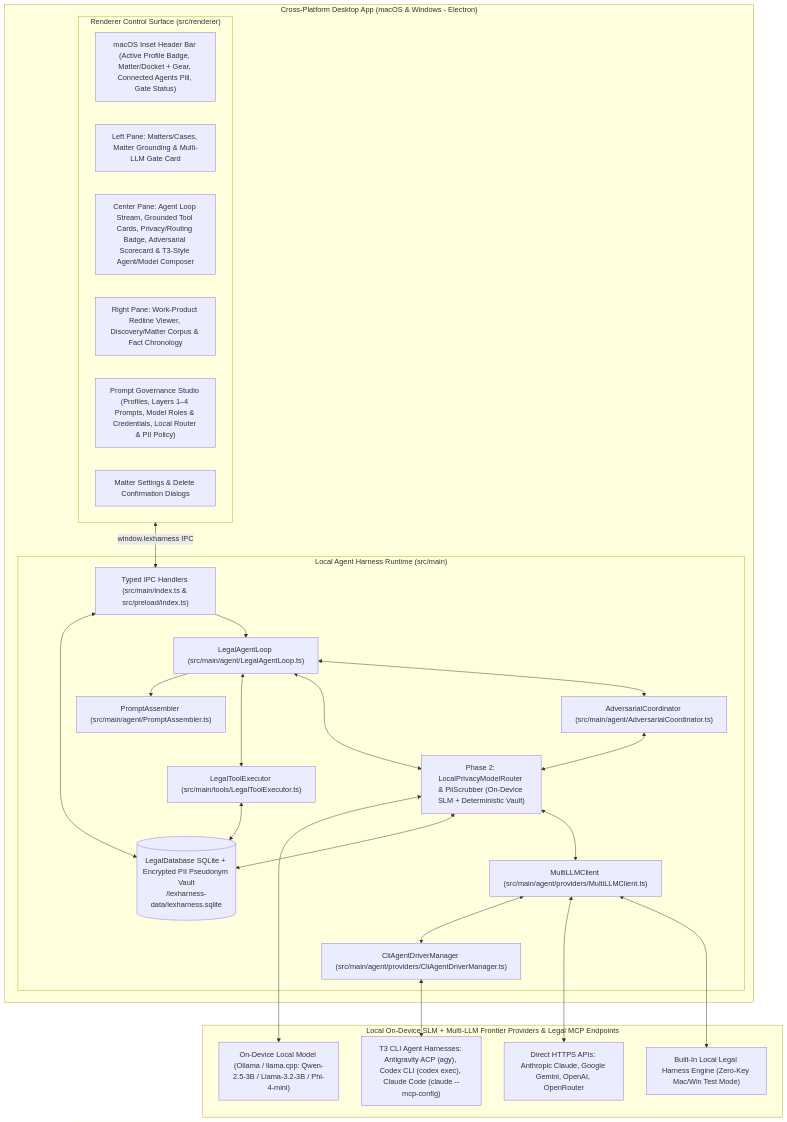
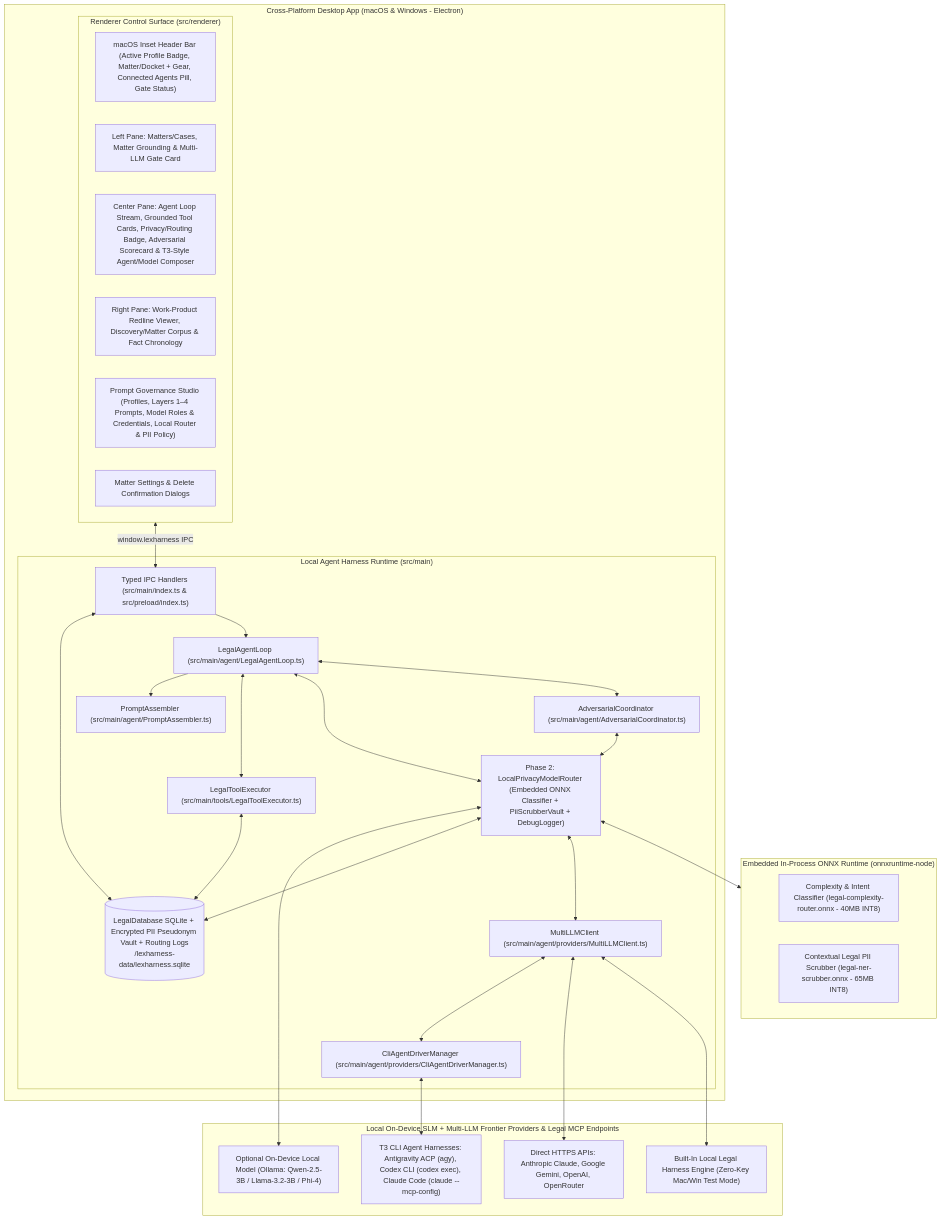
Before and after one commit to bentito/free-legal-assist: the first of 2 diagrams in docs/PLAN.md, drawn with Mermaid. The commit also changed other lines of this file, not shown here.

Commit message:
docs(plan): incorporate embedded ONNX router, always-on routing, and decision debug logging

````diff
--- a/docs/PLAN.md
+++ b/docs/PLAN.md
@@ -22,49 +25,55 @@
 ```mermaid
 flowchart TB
     subgraph Desktop["Cross-Platform Desktop App (macOS & Windows - Electron)"]
         subgraph UI["Renderer Control Surface (src/renderer)"]
             Header["macOS Inset Header Bar (Active Profile Badge, Matter/Docket + Gear, Connected Agents Pill, Gate Status)"]
             LeftSidebar["Left Pane: Matters/Cases, Matter Grounding & Multi-LLM Gate Card"]
             CenterStream["Center Pane: Agent Loop Stream, Grounded Tool Cards, Privacy/Routing Badge, Adversarial Scorecard & T3-Style Agent/Model Composer"]
             RightPane["Right Pane: Work-Product Redline Viewer, Discovery/Matter Corpus & Fact Chronology"]
             StudioModal["Prompt Governance Studio (Profiles, Layers 1–4 Prompts, Model Roles & Credentials, Local Router & PII Policy)"]
             MatterModal["Matter Settings & Delete Confirmation Dialogs"]
         end
 
         subgraph Core["Local Agent Harness Runtime (src/main)"]
             IPC["Typed IPC Handlers (src/main/index.ts & src/preload/index.ts)"]
             Orchestrator["LegalAgentLoop (src/main/agent/LegalAgentLoop.ts)"]
             PromptAssembler["PromptAssembler (src/main/agent/PromptAssembler.ts)"]
-            RouterGateway["Phase 2: LocalPrivacyModelRouter & PiiScrubber (On-Device SLM + Deterministic Vault)"]
+            RouterGateway["Phase 2: LocalPrivacyModelRouter (Embedded ONNX Classifier + PiiScrubberVault + DebugLogger)"]
             CliDrivers["CliAgentDriverManager (src/main/agent/providers/CliAgentDriverManager.ts)"]
             AdversarialEngine["AdversarialCoordinator (src/main/agent/AdversarialCoordinator.ts)"]
             LLMClient["MultiLLMClient (src/main/agent/providers/MultiLLMClient.ts)"]
             ToolRunner["LegalToolExecutor (src/main/tools/LegalToolExecutor.ts)"]
-            DB[("LegalDatabase SQLite + Encrypted PII Pseudonym Vault\n<userData>/lexharness-data/lexharness.sqlite")]
+            DB[("LegalDatabase SQLite + Encrypted PII Pseudonym Vault + Routing Logs\n<userData>/lexharness-data/lexharness.sqlite")]
         end
     end
 
+    subgraph EmbeddedAI["Embedded In-Process ONNX Runtime (onnxruntime-node)"]
+        OnnxRouter["Complexity & Intent Classifier (legal-complexity-router.onnx - 40MB INT8)"]
+        OnnxNER["Contextual Legal PII Scrubber (legal-ner-scrubber.onnx - 65MB INT8)"]
+    end
+
     subgraph Providers["Local On-Device SLM + Multi-LLM Frontier Providers & Legal MCP Endpoints"]
-        LocalSLM["On-Device Local Model (Ollama / llama.cpp: Qwen-2.5-3B / Llama-3.2-3B / Phi-4-mini)"]
+        LocalSLM["Optional On-Device Local Model (Ollama: Qwen-2.5-3B / Llama-3.2-3B / Phi-4)"]
         CLI["T3 CLI Agent Harnesses: Antigravity ACP (agy), Codex CLI (codex exec), Claude Code (claude --mcp-config)"]
         CloudAPIs["Direct HTTPS APIs: Anthropic Claude, Google Gemini, OpenAI, OpenRouter"]
         Sim["Built-In Local Legal Harness Engine (Zero-Key Mac/Win Test Mode)"]
     end
 
     UI <-->|window.lexharness IPC| IPC
     IPC <--> DB
     IPC --> Orchestrator
     Orchestrator --> PromptAssembler
     Orchestrator <--> ToolRunner
     ToolRunner <--> DB
     Orchestrator <--> RouterGateway
+    RouterGateway <--> EmbeddedAI
     RouterGateway <--> LocalSLM
     RouterGateway <--> DB
     RouterGateway <--> LLMClient
     Orchestrator <--> AdversarialEngine
     AdversarialEngine <--> RouterGateway
     LLMClient <--> CliDrivers
     CliDrivers <--> CLI
     LLMClient <--> CloudAPIs
     LLMClient <--> Sim
 ```
````
